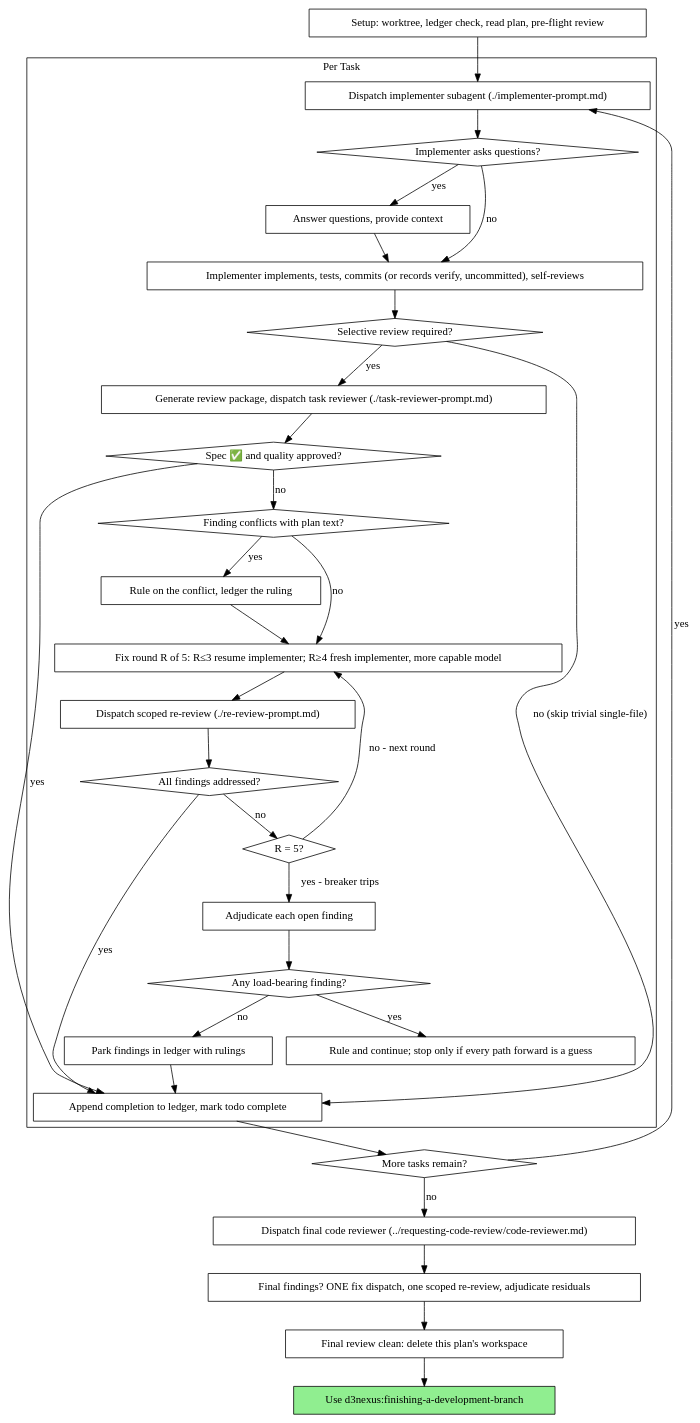
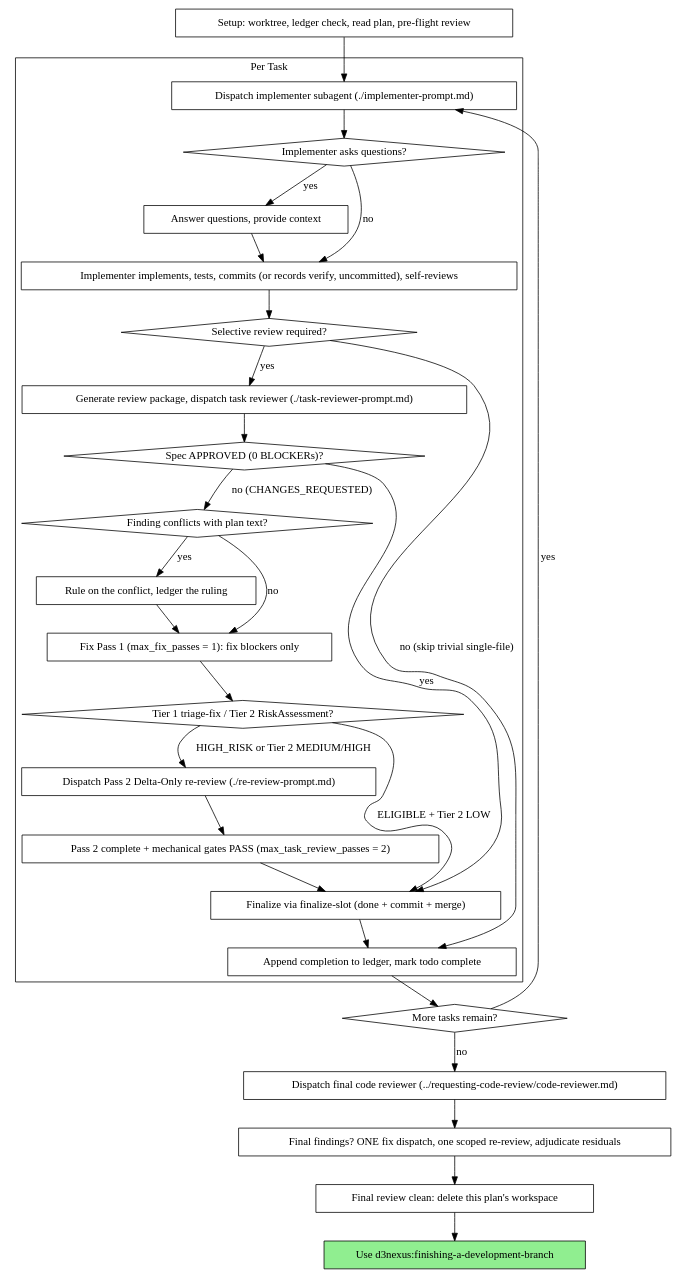
One commit to DanhDue/ai-agent-tools changed the second of 2 diagrams in skills/subagent-driven-development/SKILL.md. Above: the diagram before and after it, drawn with Graphviz. The commit also changed other lines of this file and 13 other files, not shown here.

First line of the commit message:
[REVIEW_CAP_AND_RISK_TRIAGE] Enforce blocker-only reviewer briefs and bounded Role 2.2 triage

````diff
--- a/skills/subagent-driven-development/SKILL.md
+++ b/skills/subagent-driven-development/SKILL.md
@@ -61,65 +61,58 @@
 ```dot
 digraph process {
     rankdir=TB;
 
     subgraph cluster_per_task {
         label="Per Task";
         "Dispatch implementer subagent (./implementer-prompt.md)" [shape=box];
         "Implementer asks questions?" [shape=diamond];
         "Answer questions, provide context" [shape=box];
         "Implementer implements, tests, commits (or records verify, uncommitted), self-reviews" [shape=box];
         "Selective review required?" [shape=diamond];
         "Generate review package, dispatch task reviewer (./task-reviewer-prompt.md)" [shape=box];
-        "Spec ✅ and quality approved?" [shape=diamond];
+        "Spec APPROVED (0 BLOCKERs)?" [shape=diamond];
         "Finding conflicts with plan text?" [shape=diamond];
         "Rule on the conflict, ledger the ruling" [shape=box];
-        "Fix round R of 5: R≤3 resume implementer; R≥4 fresh implementer, more capable model" [shape=box];
-        "Dispatch scoped re-review (./re-review-prompt.md)" [shape=box];
-        "All findings addressed?" [shape=diamond];
-        "R = 5?" [shape=diamond];
-        "Adjudicate each open finding" [shape=box];
-        "Any load-bearing finding?" [shape=diamond];
-        "Rule and continue; stop only if every path forward is a guess" [shape=box];
-        "Park findings in ledger with rulings" [shape=box];
+        "Fix Pass 1 (max_fix_passes = 1): fix blockers only" [shape=box];
+        "Tier 1 triage-fix / Tier 2 RiskAssessment?" [shape=diamond];
+        "Dispatch Pass 2 Delta-Only re-review (./re-review-prompt.md)" [shape=box];
+        "Pass 2 complete + mechanical gates PASS (max_task_review_passes = 2)" [shape=box];
+        "Finalize via finalize-slot (done + commit + merge)" [shape=box];
         "Append completion to ledger, mark todo complete" [shape=box];
     }
 
     "Setup: worktree, ledger check, read plan, pre-flight review" [shape=box];
     "More tasks remain?" [shape=diamond];
     "Dispatch final code reviewer (../requesting-code-review/code-reviewer.md)" [shape=box];
     "Final findings? ONE fix dispatch, one scoped re-review, adjudicate residuals" [shape=box];
     "Final review clean: delete this plan's workspace" [shape=box];
     "Use d3nexus:finishing-a-development-branch" [shape=box style=filled fillcolor=lightgreen];
 
     "Setup: worktree, ledger check, read plan, pre-flight review" -> "Dispatch implementer subagent (./implementer-prompt.md)";
     "Dispatch implementer subagent (./implementer-prompt.md)" -> "Implementer asks questions?";
     "Implementer asks questions?" -> "Answer questions, provide context" [label="yes"];
     "Answer questions, provide context" -> "Implementer implements, tests, commits (or records verify, uncommitted), self-reviews";
     "Implementer asks questions?" -> "Implementer implements, tests, commits (or records verify, uncommitted), self-reviews" [label="no"];
     "Implementer implements, tests, commits (or records verify, uncommitted), self-reviews" -> "Selective review required?";
     "Selective review required?" -> "Generate review package, dispatch task reviewer (./task-reviewer-prompt.md)" [label="yes"];
     "Selective review required?" -> "Append completion to ledger, mark todo complete" [label="no (skip trivial single-file)"];
-    "Generate review package, dispatch task reviewer (./task-reviewer-prompt.md)" -> "Spec ✅ and quality approved?";
-    "Spec ✅ and quality approved?" -> "Append completion to ledger, mark todo complete" [label="yes"];
-    "Spec ✅ and quality approved?" -> "Finding conflicts with plan text?" [label="no"];
+    "Generate review package, dispatch task reviewer (./task-reviewer-prompt.md)" -> "Spec APPROVED (0 BLOCKERs)?";
+    "Spec APPROVED (0 BLOCKERs)?" -> "Finalize via finalize-slot (done + commit + merge)" [label="yes"];
+    "Spec APPROVED (0 BLOCKERs)?" -> "Finding conflicts with plan text?" [label="no (CHANGES_REQUESTED)"];
     "Finding conflicts with plan text?" -> "Rule on the conflict, ledger the ruling" [label="yes"];
-    "Rule on the conflict, ledger the ruling" -> "Fix round R of 5: R≤3 resume implementer; R≥4 fresh implementer, more capable model";
-    "Finding conflicts with plan text?" -> "Fix round R of 5: R≤3 resume implementer; R≥4 fresh implementer, more capable model" [label="no"];
-    "Fix round R of 5: R≤3 resume implementer; R≥4 fresh implementer, more capable model" -> "Dispatch scoped re-review (./re-review-prompt.md)";
-    "Dispatch scoped re-review (./re-review-prompt.md)" -> "All findings addressed?";
-    "All findings addressed?" -> "Append completion to ledger, mark todo complete" [label="yes"];
-    "All findings addressed?" -> "R = 5?" [label="no"];
-    "R = 5?" -> "Fix round R of 5: R≤3 resume implementer; R≥4 fresh implementer, more capable model" [label="no - next round"];
-    "R = 5?" -> "Adjudicate each open finding" [label="yes - breaker trips"];
-    "Adjudicate each open finding" -> "Any load-bearing finding?";
-    "Any load-bearing finding?" -> "Rule and continue; stop only if every path forward is a guess" [label="yes"];
-    "Any load-bearing finding?" -> "Park findings in ledger with rulings" [label="no"];
-    "Park findings in ledger with rulings" -> "Append completion to ledger, mark todo complete";
+    "Rule on the conflict, ledger the ruling" -> "Fix Pass 1 (max_fix_passes = 1): fix blockers only";
+    "Finding conflicts with plan text?" -> "Fix Pass 1 (max_fix_passes = 1): fix blockers only" [label="no"];
+    "Fix Pass 1 (max_fix_passes = 1): fix blockers only" -> "Tier 1 triage-fix / Tier 2 RiskAssessment?";
+    "Tier 1 triage-fix / Tier 2 RiskAssessment?" -> "Finalize via finalize-slot (done + commit + merge)" [label="ELIGIBLE + Tier 2 LOW"];
+    "Tier 1 triage-fix / Tier 2 RiskAssessment?" -> "Dispatch Pass 2 Delta-Only re-review (./re-review-prompt.md)" [label="HIGH_RISK or Tier 2 MEDIUM/HIGH"];
+    "Dispatch Pass 2 Delta-Only re-review (./re-review-prompt.md)" -> "Pass 2 complete + mechanical gates PASS (max_task_review_passes = 2)";
+    "Pass 2 complete + mechanical gates PASS (max_task_review_passes = 2)" -> "Finalize via finalize-slot (done + commit + merge)";
+    "Finalize via finalize-slot (done + commit + merge)" -> "Append completion to ledger, mark todo complete";
     "Append completion to ledger, mark todo complete" -> "More tasks remain?";
     "More tasks remain?" -> "Dispatch implementer subagent (./implementer-prompt.md)" [label="yes"];
     "More tasks remain?" -> "Dispatch final code reviewer (../requesting-code-review/code-reviewer.md)" [label="no"];
     "Dispatch final code reviewer (../requesting-code-review/code-reviewer.md)" -> "Final findings? ONE fix dispatch, one scoped re-review, adjudicate residuals";
     "Final findings? ONE fix dispatch, one scoped re-review, adjudicate residuals" -> "Final review clean: delete this plan's workspace";
     "Final review clean: delete this plan's workspace" -> "Use d3nexus:finishing-a-development-branch";
 }
 ```
````
